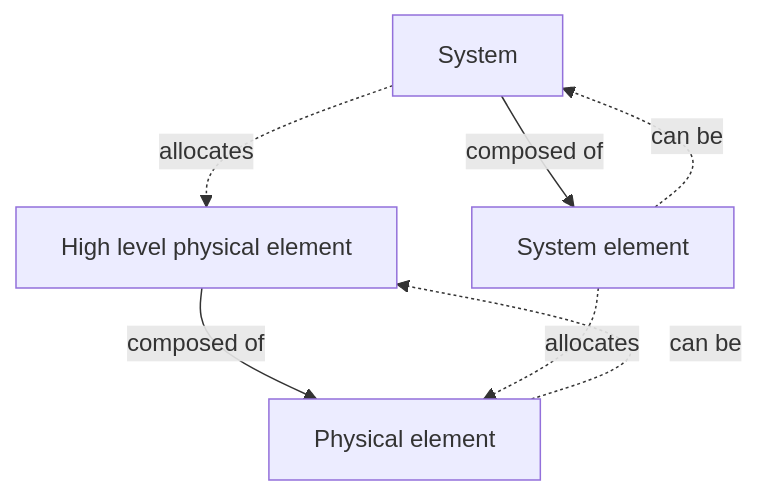
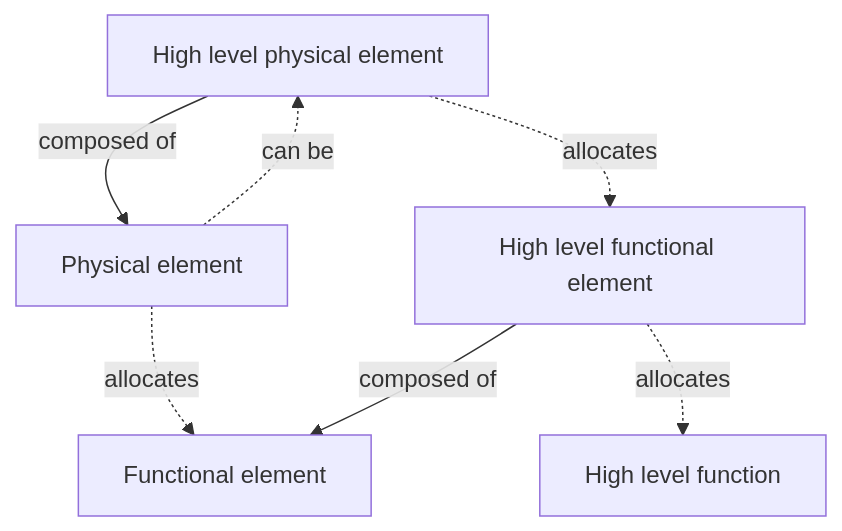
Before and after one commit to 3se-framework/3se-onto: the third of 5 diagrams in glossary.md, drawn with Mermaid. The commit also changed other lines of this file, not shown here.

````diff
--- a/glossary.md
+++ b/glossary.md
@@ -1022,14 +1127,15 @@
 ```mermaid
 flowchart TD
     N1["High level physical element"]
     N2["Physical element"]
-    N3["System"]
-    N4["System element"]
+    N3["High level functional element"]
+    N4["Functional element"]
+    N5["High level function"]
 
     N1 -->|composed of| N2
+    N1 -.->|allocates| N3
+    N2 -.->|allocates| N4
     N2 -.->|can be| N1
     N3 -->|composed of| N4
-    N3 -.->|allocates| N1
-    N4 -.->|allocates| N2
-    N4 -.->|can be| N3
+    N3 -.->|allocates| N5
 ```
````
